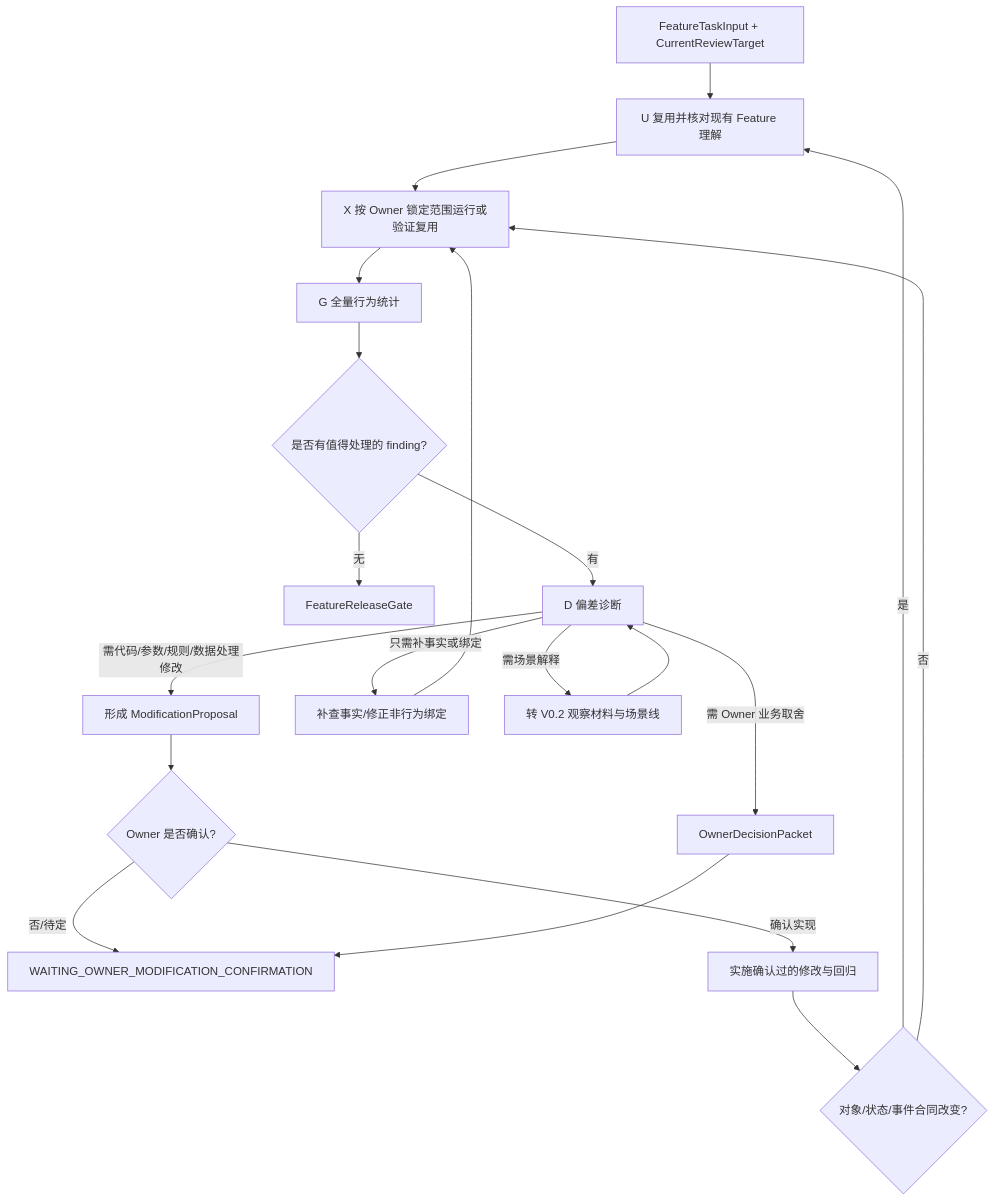
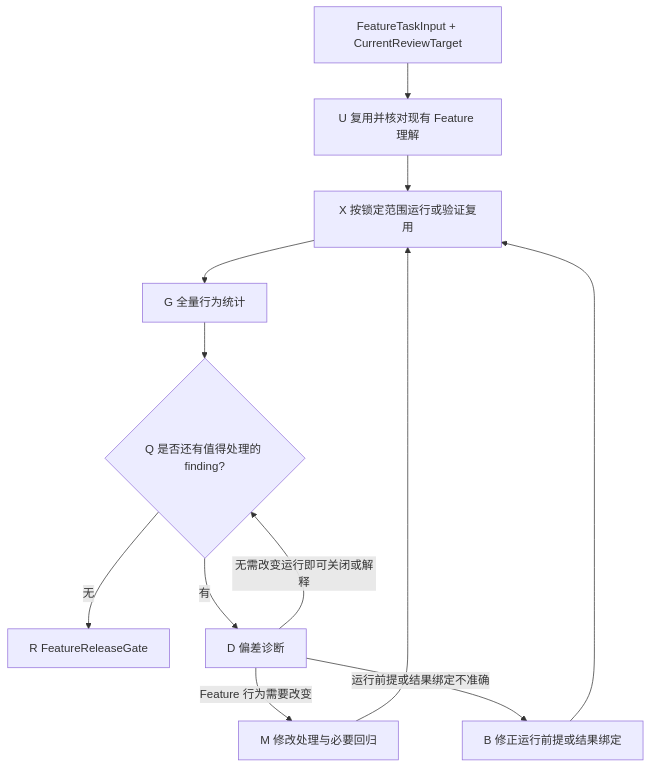
One commit to daowei2026/observe-iterate changed the diagram in control-v0.3/01_L0_统计驱动的单特征闭环.md. Above: the diagram before and after it, drawn with Mermaid. The commit also changed other lines of this file and 4 other files, not shown here.

````diff
--- a/control-v0.3/01_L0_统计驱动的单特征闭环.md
+++ b/control-v0.3/01_L0_统计驱动的单特征闭环.md
@@ -5,22 +5,14 @@
 ```mermaid
 flowchart TD
   I[FeatureTaskInput + CurrentReviewTarget] --> U[U 复用并核对现有 Feature 理解]
-  U --> X[X 按 Owner 锁定范围运行或验证复用]
+  U --> X[X 按锁定范围运行或验证复用]
   X --> G[G 全量行为统计]
-  G --> Q{是否有值得处理的 finding?}
-  Q -->|无| R[FeatureReleaseGate]
+  G --> Q{Q 是否还有值得处理的 finding?}
+  Q -->|无| R[R FeatureReleaseGate]
   Q -->|有| D[D 偏差诊断]
-  D -->|需代码/参数/规则/数据处理修改| MP[形成 ModificationProposal]
-  MP --> A{Owner 是否确认?}
-  A -->|否/待定| W[WAITING_OWNER_MODIFICATION_CONFIRMATION]
-  A -->|确认实现| FI[实施确认过的修改与回归]
-  FI --> C{对象/状态/事件合同改变?}
-  C -->|是| U
-  C -->|否| X
-  D -->|只需补事实或绑定| F[补查事实/修正非行为绑定]
-  F --> X
-  D -->|需场景解释| S[转 V0.2 观察材料与场景线]
-  D -->|需 Owner 业务取舍| O[OwnerDecisionPacket]
-  O --> W
-  S --> D
+  D -->|Feature 行为需要改变| M[M 修改处理与必要回归]
+  M --> X
+  D -->|运行前提或结果绑定不准确| B[B 修正运行前提或结果绑定]
+  B --> X
+  D -->|无需改变运行即可关闭或解释| Q
 ```
````
